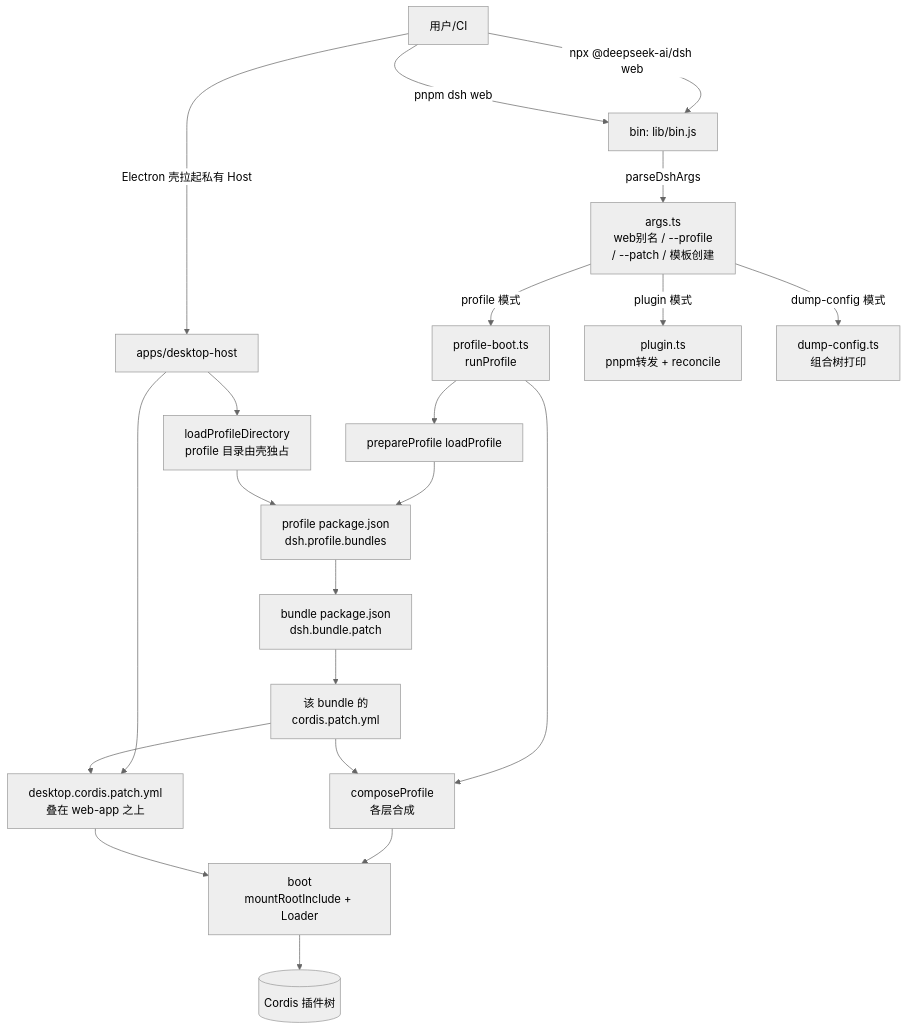
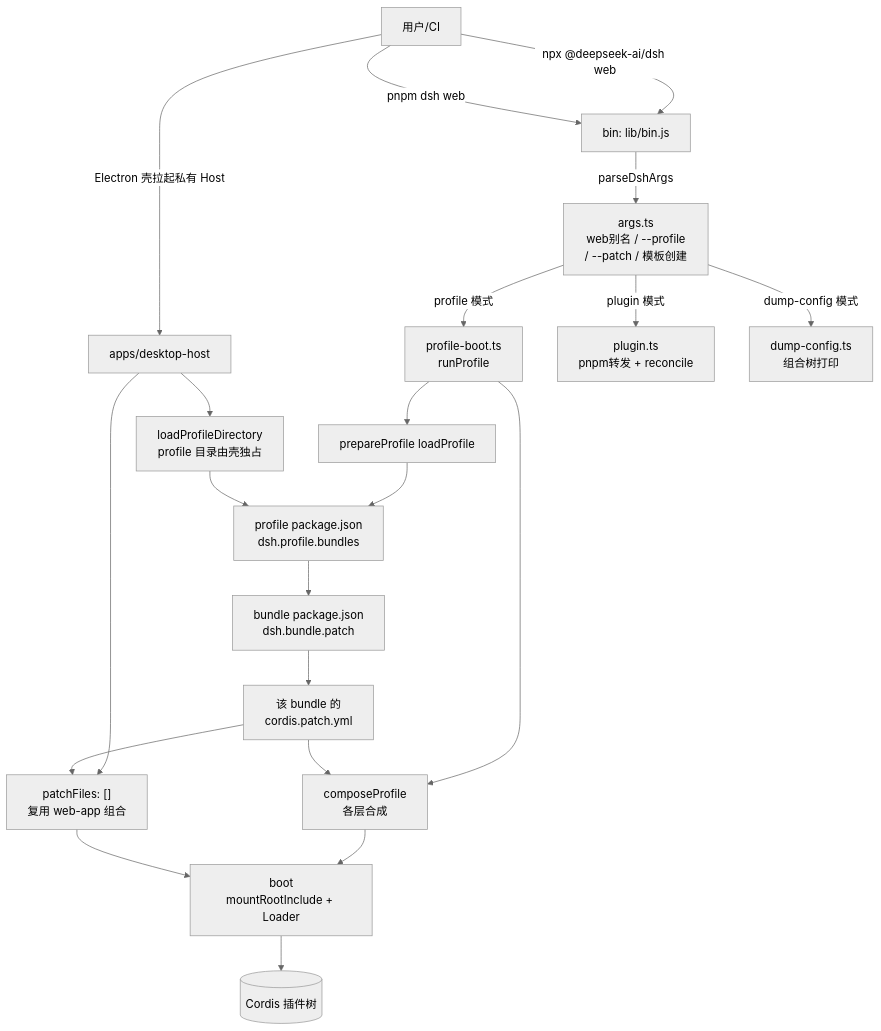
Before and after one commit to morehao/oss-insights: the first of 4 diagrams in ai-agent/deepseek-harness/deployment.md, drawn with Mermaid (neutral theme). The commit also changed other lines of this file and 28 other files, not shown here.

````diff
--- a/ai-agent/deepseek-harness/deployment.md
+++ b/ai-agent/deepseek-harness/deployment.md
@@ -30,23 +35,23 @@
 ```mermaid
 flowchart TD
     U["用户/CI"] -->|npx @deepseek-ai/dsh web| CLI["bin: lib/bin.js"]
     U -->|pnpm dsh web| CLI
     U -->|Electron 壳拉起私有 Host| DTOP["apps/desktop-host"]
     CLI -->|parseDshArgs| ARGS["args.ts<br>web别名 / --profile<br>/ --patch / 模板创建"]
     ARGS -->|profile 模式| RUN["profile-boot.ts<br>runProfile"]
     ARGS -->|plugin 模式| PLG["plugin.ts<br>pnpm转发 + reconcile"]
     ARGS -->|dump-config 模式| DMP["dump-config.ts<br>组合树打印"]
     RUN --> PREP["prepareProfile loadProfile"]
     DTOP --> PREP2["loadProfileDirectory<br>profile 目录由壳独占"]
     PREP --> MAN["profile package.json<br>dsh.profile.bundles"]
     PREP2 --> MAN
     MAN --> BUND["bundle package.json<br>dsh.bundle.patch"]
     BUND --> BUNDP["该 bundle 的<br>cordis.patch.yml"]
     RUN --> COMP["composeProfile<br>各层合成"]
-    DTOP --> COMP2["desktop.cordis.patch.yml<br>叠在 web-app 之上"]
+    DTOP --> COMP2["patchFiles: []<br>复用 web-app 组合"]
     BUNDP --> COMP
     BUNDP --> COMP2
     COMP --> BOOT["boot<br>mountRootInclude + Loader"]
     COMP2 --> BOOT
     BOOT --> TREE[("Cordis 插件树")]
 ```
````
